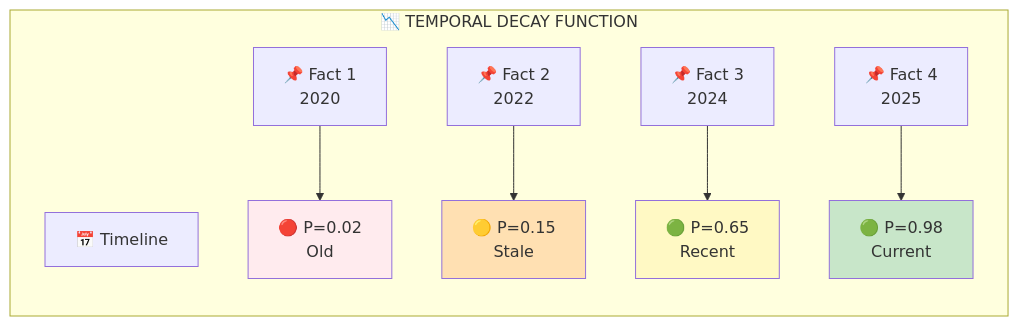
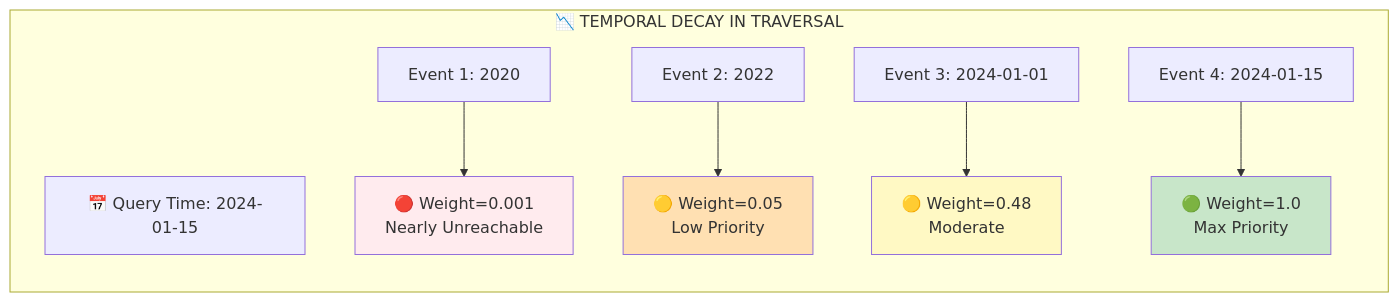
Before and after one commit to chandhutatineni/chandhutatineni.github.io: the tenth of 30 diagrams in _posts/2025-01-30-graph-rag.md, drawn with Mermaid. The commit also changed other lines of this file and 1 other file, not shown here.

````diff
--- a/_posts/2025-01-30-graph-rag.md
+++ b/_posts/2025-01-30-graph-rag.md
@@ -448,15 +566,15 @@
 ```mermaid
 graph LR
-    subgraph "📉 TEMPORAL DECAY FUNCTION"
-        T["📅 Timeline"]
-        F1["📌 Fact 1<br/>2020"] --> P1["🔴 P=0.02<br/>Old"]
-        F2["📌 Fact 2<br/>2022"] --> P2["🟡 P=0.15<br/>Stale"]
-        F3["📌 Fact 3<br/>2024"] --> P3["🟢 P=0.65<br/>Recent"]
-        F4["📌 Fact 4<br/>2025"] --> P4["🟢 P=0.98<br/>Current"]
+    subgraph Decay["📉 TEMPORAL DECAY IN TRAVERSAL"]
+        T["📅 Query Time: 2024-01-15"]
+        F1["Event 1: 2020"] --> P1["🔴 Weight=0.001<br/>Nearly Unreachable"]
+        F2["Event 2: 2022"] --> P2["🟡 Weight=0.05<br/>Low Priority"]
+        F3["Event 3: 2024-01-01"] --> P3["🟡 Weight=0.48<br/>Moderate"]
+        F4["Event 4: 2024-01-15"] --> P4["🟢 Weight=1.0<br/>Max Priority"]
         
         style P1 fill:#ffebee
         style P2 fill:#ffe0b2
         style P3 fill:#fff9c4
         style P4 fill:#c8e6c9
     end
 ```
````
